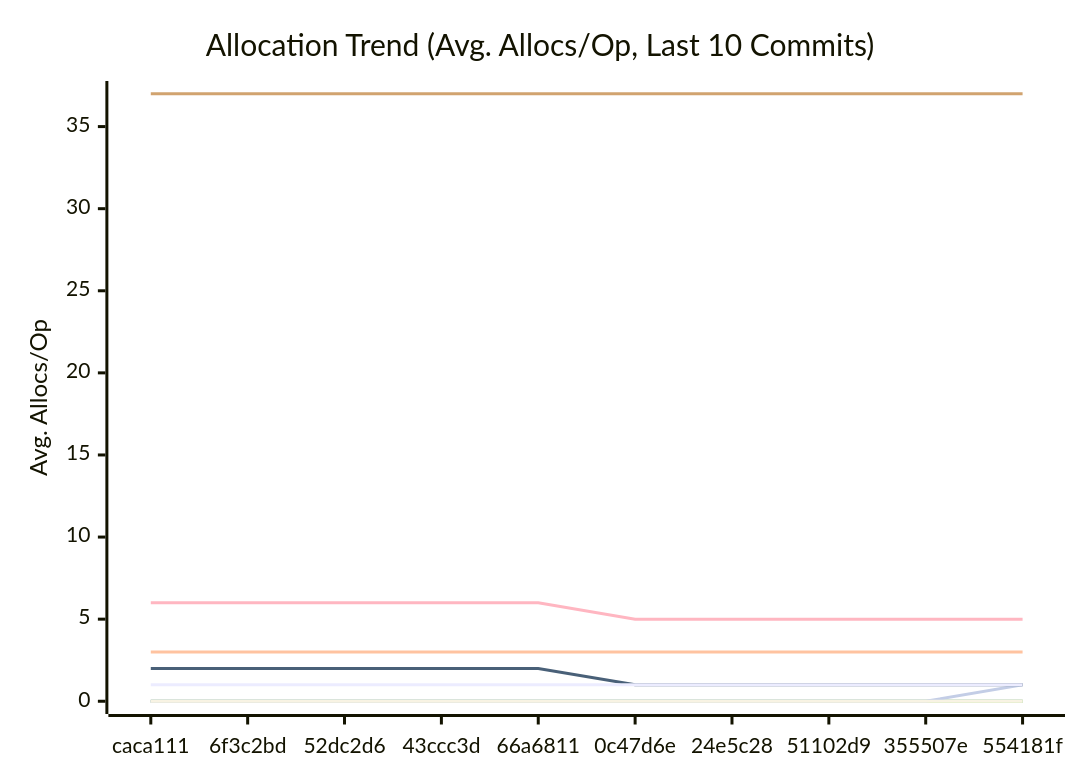
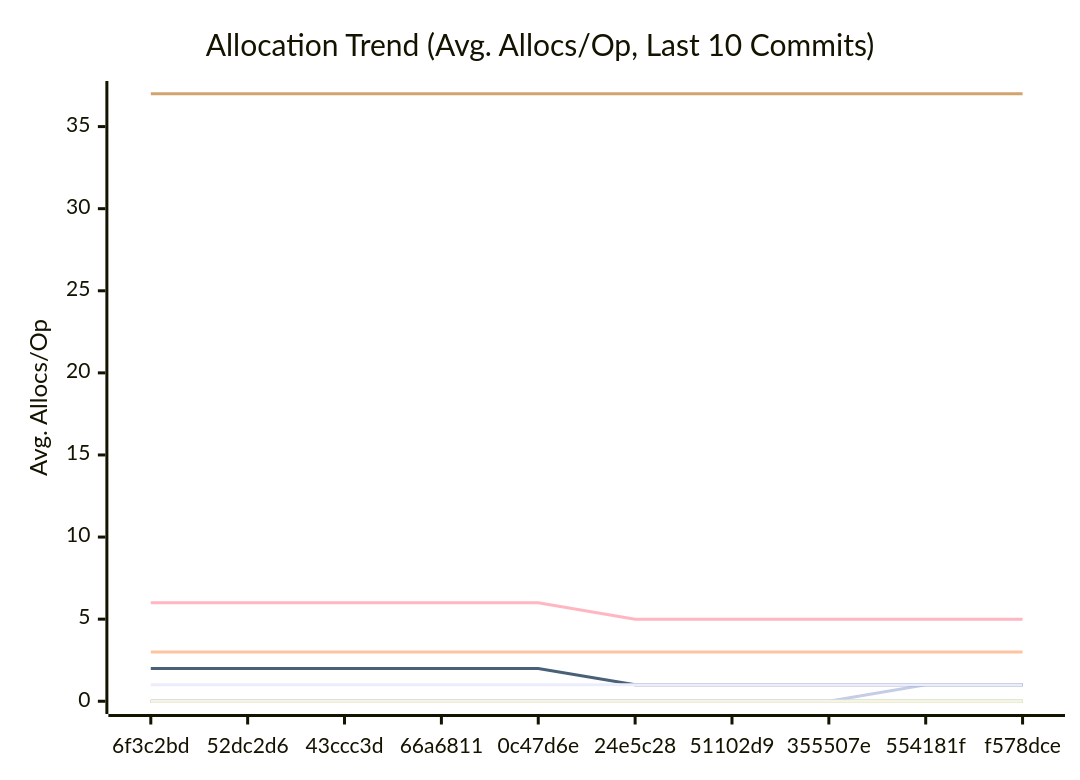
One commit to alsotoes/momo changed the third of 3 diagrams in docs/PERFORMANCE.md. Above: the diagram before and after it, drawn with Mermaid. The commit also changed other lines of this file and 2 other files, not shown here.

Commit message:
docs: document PadString fixed-width panic contract (#608)

````diff
--- a/docs/PERFORMANCE.md
+++ b/docs/PERFORMANCE.md
@@ -178,18 +176,18 @@
 ```mermaid
 xychart-beta
     title "Allocation Trend (Avg. Allocs/Op, Last 10 Commits)"
     x-axis "Commit"
     y-axis "Avg. Allocs/Op"
-    x-axis [caca111,6f3c2bd,52dc2d6,43ccc3d,66a6811,0c47d6e,24e5c28,51102d9,355507e,554181f]
+    x-axis [6f3c2bd,52dc2d6,43ccc3d,66a6811,0c47d6e,24e5c28,51102d9,355507e,554181f,f578dce]
     line "CheckMetricsAndSwap" [0,0,0,0,0,0,0,0,0,0]
     line "CrushOptimized" [0,0,0,0,0,0,0,0,0,0]
     line "CrushOriginal" [3,3,3,3,3,3,3,3,3,3]
     line "IndexDirectTracking" [0,0,0,0,0,0,0,0,0,0]
     line "IndexSearch" [0,0,0,0,0,0,0,0,0,0]
     line "LoadGlobalConfig" [37,37,37,37,37,37,37,37,37,37]
-    line "PadString" [0,0,0,0,0,0,0,0,0,1]
+    line "PadString" [0,0,0,0,0,0,0,0,1,1]
     line "ParseReplicationOrder_NoPrealloc" [6,6,6,6,6,5,5,5,5,5]
     line "ParseReplicationOrder_Prealloc" [2,2,2,2,2,1,1,1,1,1]
     line "SanitizeLog/Safe" [0,0,0,0,0,0,0,0,0,0]
     line "SanitizeLog/Unsafe" [1,1,1,1,1,1,1,1,1,1]
 ```
````
